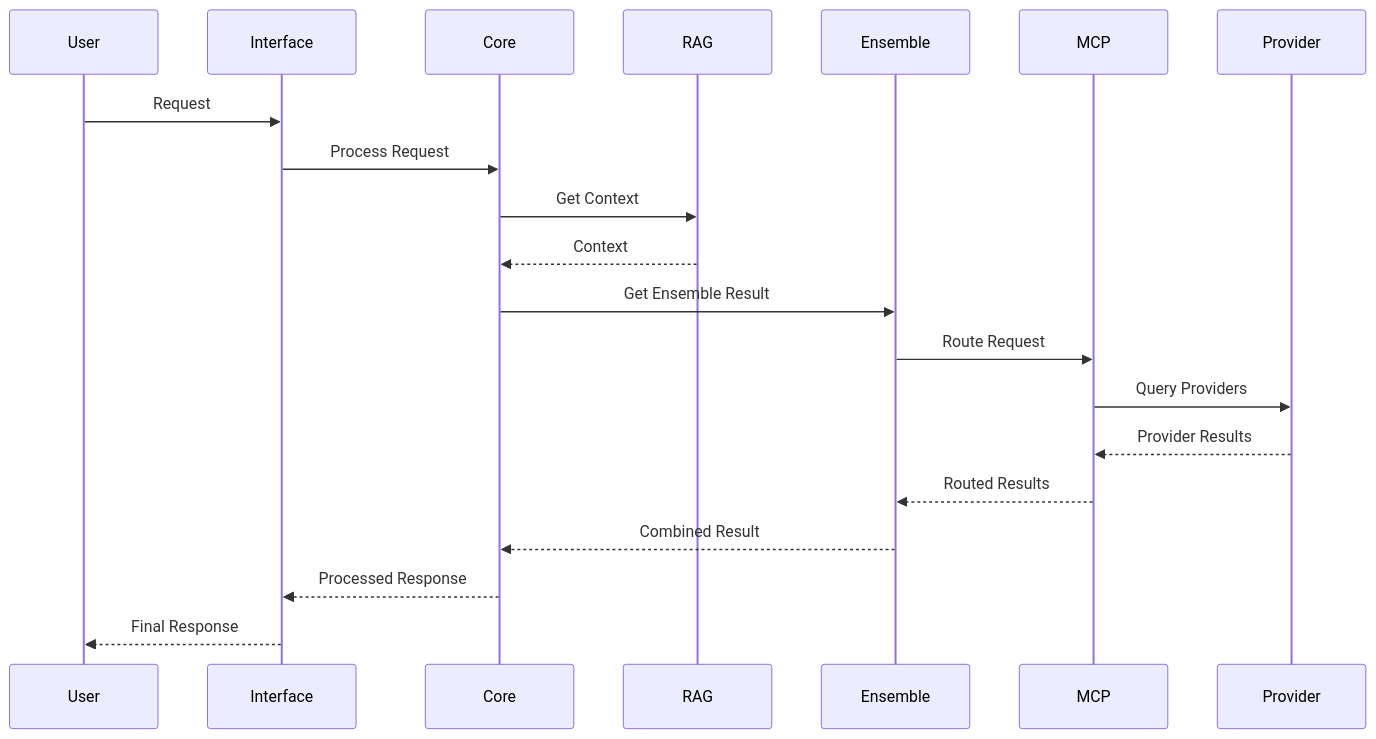
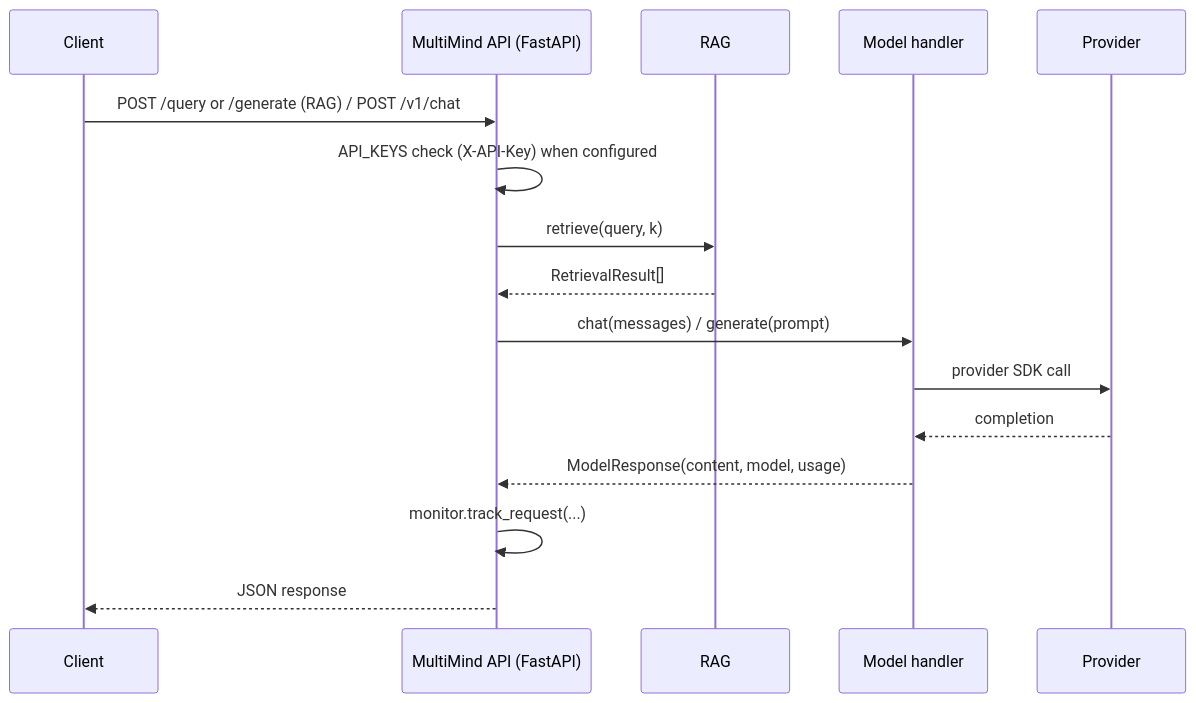
Before and after one commit to multimindlab/multimind-sdk: the sixth of 7 diagrams in docs/architecture.md, drawn with Mermaid. The commit also changed other lines of this file and 274 other files, not shown here.

````diff
--- a/docs/architecture.md
+++ b/docs/architecture.md
@@ -664,23 +244,19 @@
 ```mermaid
 sequenceDiagram
-    participant User
-    participant Interface
-    participant Core
+    participant Client
+    participant API as MultiMind API (FastAPI)
     participant RAG
-    participant Ensemble
-    participant MCP
+    participant Handler as Model handler
     participant Provider
-    
-    User->>Interface: Request
-    Interface->>Core: Process Request
-    Core->>RAG: Get Context
-    RAG-->>Core: Context
-    Core->>Ensemble: Get Ensemble Result
-    Ensemble->>MCP: Route Request
-    MCP->>Provider: Query Providers
-    Provider-->>MCP: Provider Results
-    MCP-->>Ensemble: Routed Results
-    Ensemble-->>Core: Combined Result
-    Core-->>Interface: Processed Response
-    Interface-->>User: Final Response
+
+    Client->>API: POST /query or /generate (RAG) / POST /v1/chat
+    API->>API: API_KEYS check (X-API-Key) when configured
+    API->>RAG: retrieve(query, k)
+    RAG-->>API: RetrievalResult[]
+    API->>Handler: chat(messages) / generate(prompt)
+    Handler->>Provider: provider SDK call
+    Provider-->>Handler: completion
+    Handler-->>API: ModelResponse(content, model, usage)
+    API->>API: monitor.track_request(...)
+    API-->>Client: JSON response
 ```
````
